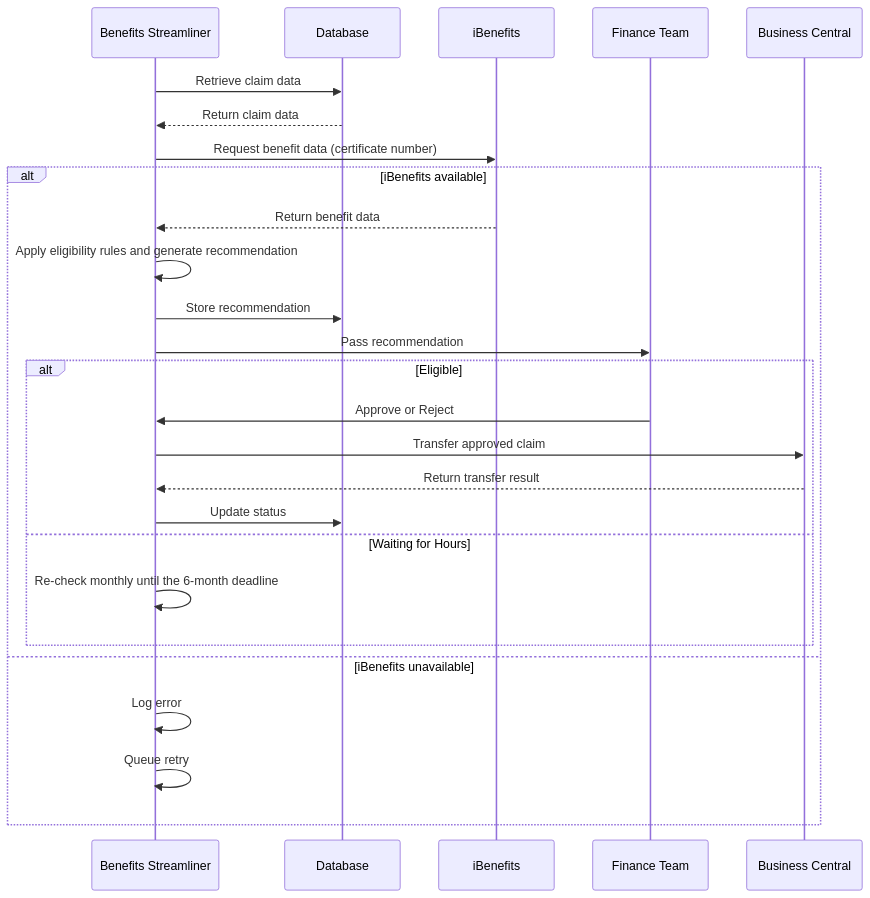
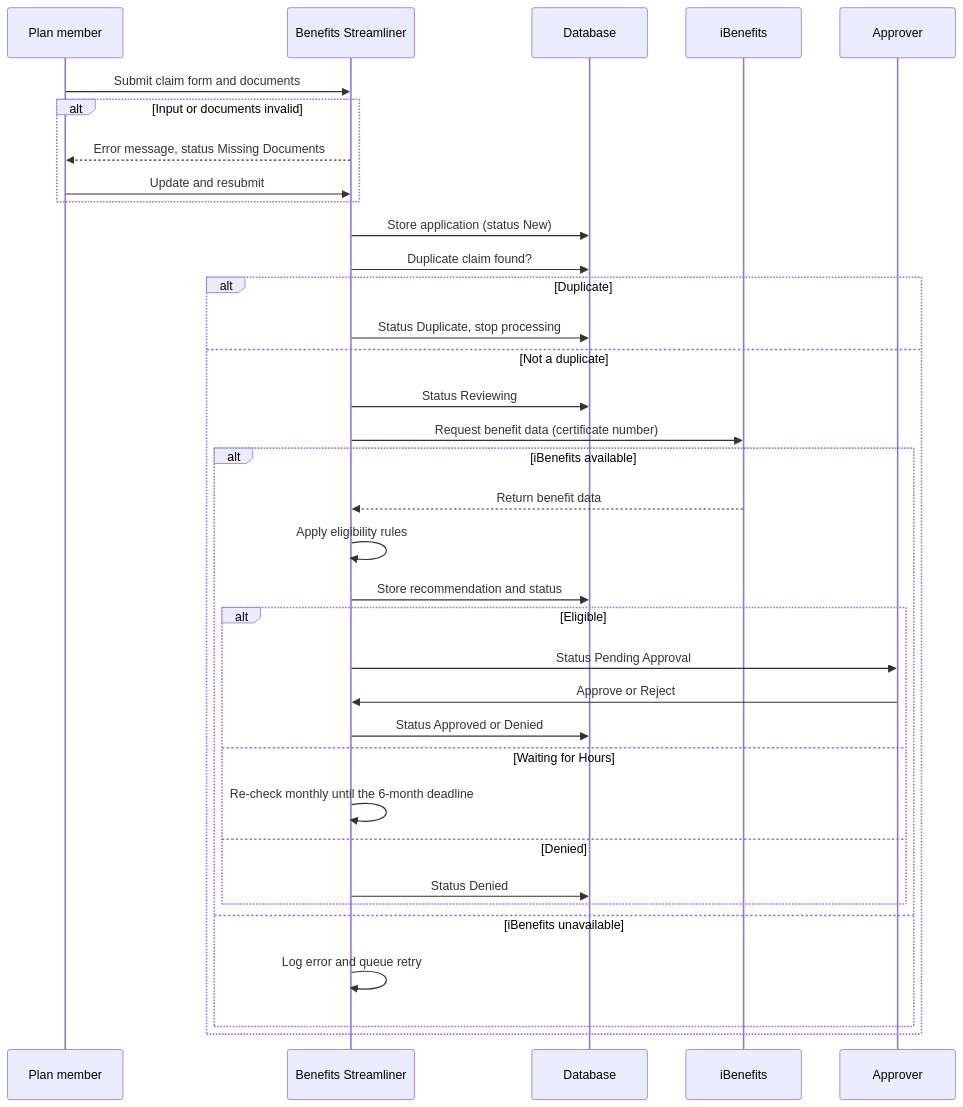
One commit to xavion-git/BenefitsStreamliner changed the second of 2 diagrams in README.md. Above: the diagram before and after it, drawn with Mermaid. The commit also changed other lines of this file, not shown here.

First line of the commit message:
Revise README for clarity on claim process and rules

````diff
--- a/README.md
+++ b/README.md
@@ -81,28 +113,37 @@
 ```mermaid
 sequenceDiagram
+    participant PM as Plan member
     participant BS as Benefits Streamliner
     participant DB as Database
     participant IB as iBenefits
-    participant FT as Finance Team
-    participant BC as Business Central
-    BS->>DB: Retrieve claim data
-    DB-->>BS: Return claim data
-    BS->>IB: Request benefit data (certificate number)
-    alt iBenefits available
-        IB-->>BS: Return benefit data
-        BS->>BS: Apply eligibility rules and generate recommendation
-        BS->>DB: Store recommendation
-        BS->>FT: Pass recommendation
-        alt Eligible
-            FT->>BS: Approve or Reject
-            BS->>BC: Transfer approved claim
-            BC-->>BS: Return transfer result
-            BS->>DB: Update status
-        else Waiting for Hours
-            BS->>BS: Re-check monthly until the 6-month deadline
+    participant AP as Approver
+    PM->>BS: Submit claim form and documents
+    alt Input or documents invalid
+        BS-->>PM: Error message, status Missing Documents
+        PM->>BS: Update and resubmit
+    end
+    BS->>DB: Store application (status New)
+    BS->>DB: Duplicate claim found?
+    alt Duplicate
+        BS->>DB: Status Duplicate, stop processing
+    else Not a duplicate
+        BS->>DB: Status Reviewing
+        BS->>IB: Request benefit data (certificate number)
+        alt iBenefits available
+            IB-->>BS: Return benefit data
+            BS->>BS: Apply eligibility rules
+            BS->>DB: Store recommendation and status
+            alt Eligible
+                BS->>AP: Status Pending Approval
+                AP->>BS: Approve or Reject
+                BS->>DB: Status Approved or Denied
+            else Waiting for Hours
+                BS->>BS: Re-check monthly until the 6-month deadline
+            else Denied
+                BS->>DB: Status Denied
+            end
+        else iBenefits unavailable
+            BS->>BS: Log error and queue retry
         end
-    else iBenefits unavailable
-        BS->>BS: Log error
-        BS->>BS: Queue retry
     end
 ```
````
